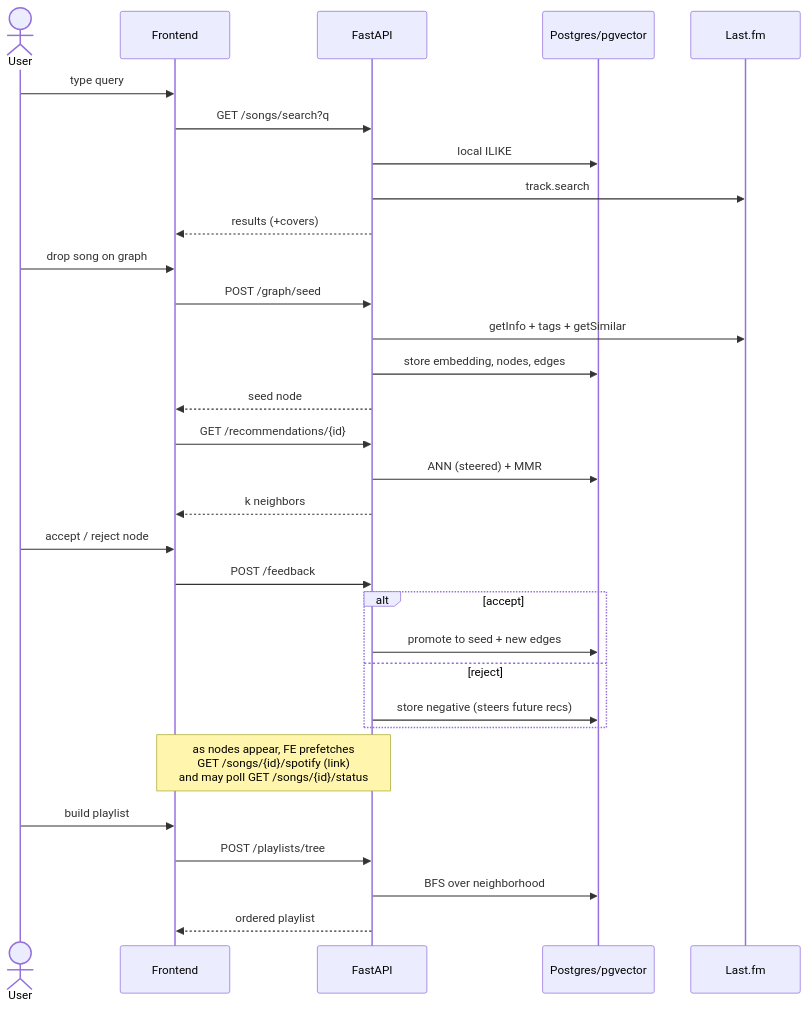
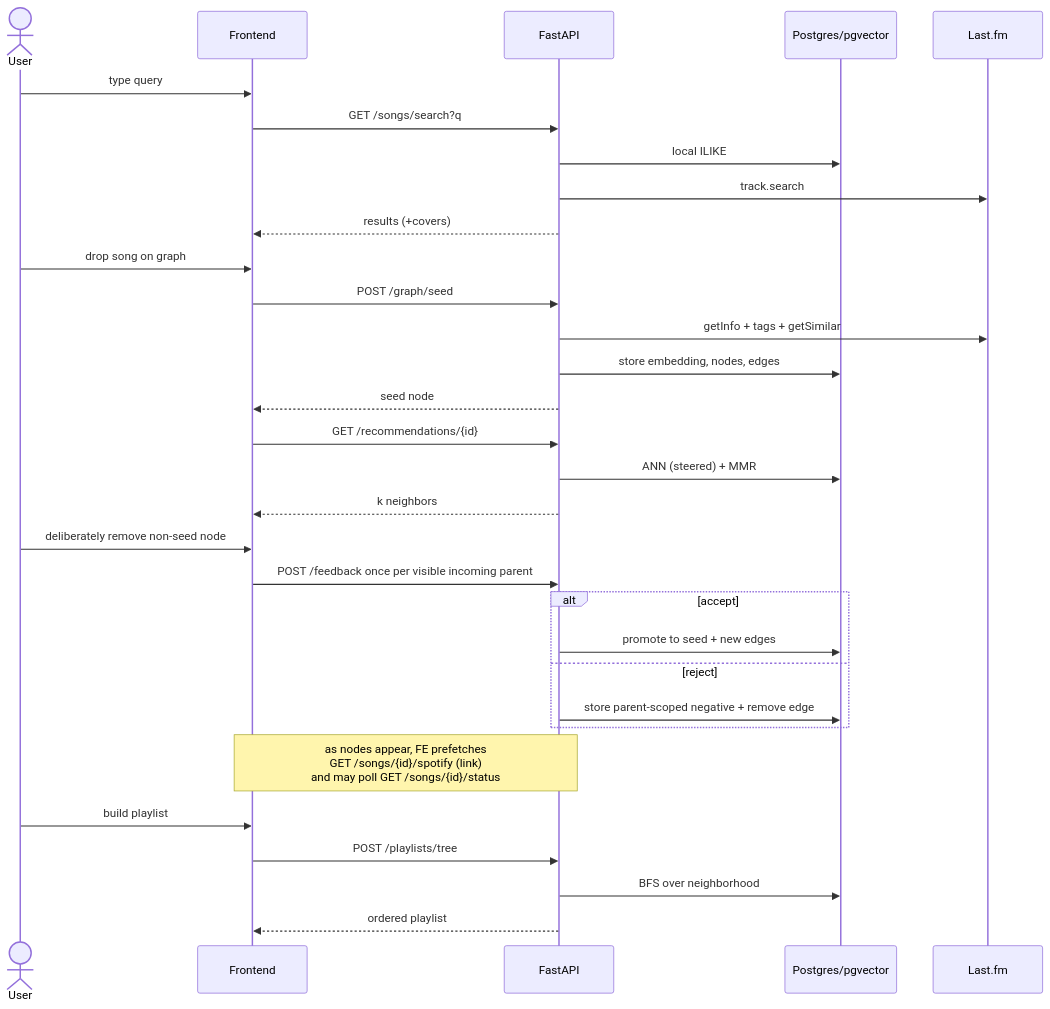
Before and after one commit to pedro-boudoux/pyo: diagram 12 of 13 in ARCHITECTURE.md, drawn with Mermaid. The commit also changed other lines of this file and 21 other files, not shown here.

Commit message:
Connect graph removal to parent-scoped rejection (#36)

````diff
--- a/ARCHITECTURE.md
+++ b/ARCHITECTURE.md
@@ -397,39 +398,39 @@
 ```mermaid
 sequenceDiagram
     actor U as User
     participant FE as Frontend
     participant API as FastAPI
     participant DB as Postgres/pgvector
     participant LF as Last.fm
 
     U->>FE: type query
     FE->>API: GET /songs/search?q
     API->>DB: local ILIKE
     API->>LF: track.search
     API-->>FE: results (+covers)
 
     U->>FE: drop song on graph
     FE->>API: POST /graph/seed
     API->>LF: getInfo + tags + getSimilar
     API->>DB: store embedding, nodes, edges
     API-->>FE: seed node
 
     FE->>API: GET /recommendations/{id}
     API->>DB: ANN (steered) + MMR
     API-->>FE: k neighbors
 
-    U->>FE: accept / reject node
-    FE->>API: POST /feedback
+    U->>FE: deliberately remove non-seed node
+    FE->>API: POST /feedback once per visible incoming parent
     alt accept
         API->>DB: promote to seed + new edges
     else reject
-        API->>DB: store negative (steers future recs)
+        API->>DB: store parent-scoped negative + remove edge
     end
 
     Note over FE,API: as nodes appear, FE prefetches<br/>GET /songs/{id}/spotify (link)<br/>and may poll GET /songs/{id}/status
 
     U->>FE: build playlist
     FE->>API: POST /playlists/tree
     API->>DB: BFS over neighborhood
     API-->>FE: ordered playlist
 ```
````
